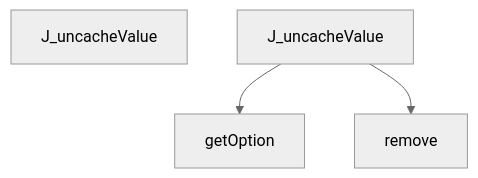
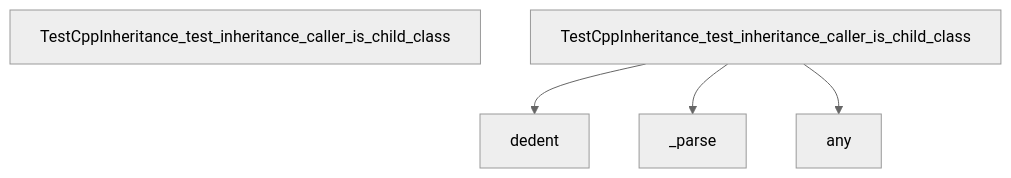
Diagram 19 of 27 in docs/DATA_FLOW.md (hazalkoom/DECODEx01), drawn with Mermaid (neutral theme) before and after one commit. The commit also changed other lines of this file and 12 other files, not shown here.

````diff
--- a/docs/DATA_FLOW.md
+++ b/docs/DATA_FLOW.md
@@ -783,13 +641,17 @@
 ```mermaid
 graph TD
-    Start[J_uncacheValue]
+    Start[TestCppInheritance_test_inheritance_caller_is_child_class]
 
 
-    J_uncacheValue --> getOption
+    TestCppInheritance_test_inheritance_caller_is_child_class --> dedent
 
 
 
-    J_uncacheValue --> remove
+    TestCppInheritance_test_inheritance_caller_is_child_class --> _parse
+
+
+
+    TestCppInheritance_test_inheritance_caller_is_child_class --> any
 
 
 ```
````
